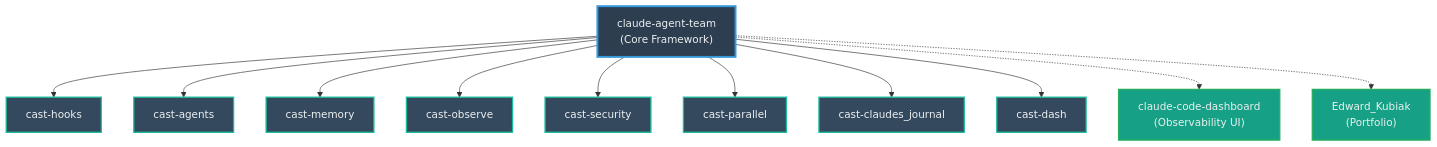
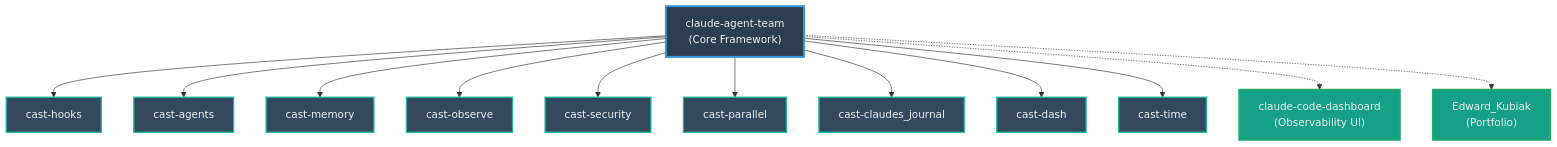
The diagram in README.md (ek33450505/claude-agent-team), drawn with Mermaid before and after one commit. The commit also changed other lines of this file and 4 other files, not shown here.

````diff
--- a/README.md
+++ b/README.md
@@ -336,24 +336,25 @@
 ```mermaid
 graph TD
     CAT["claude-agent-team<br/>(Core Framework)"]
     
     CAT --> CH["cast-hooks"]
     CAT --> CA["cast-agents"]
     CAT --> CM["cast-memory"]
     CAT --> CO["cast-observe"]
     CAT --> CS["cast-security"]
     CAT --> CP["cast-parallel"]
     CAT --> CJ["cast-claudes_journal"]
     CAT --> CD["cast-dash"]
+    CAT --> CT["cast-time"]
     
     CAT -.-> DI["claude-code-dashboard<br/>(Observability UI)"]
     CAT -.-> PF["Edward_Kubiak<br/>(Portfolio)"]
     
     classDef core fill:#2c3e50,stroke:#3498db,stroke-width:3px,color:#ecf0f1
     classDef sources fill:#34495e,stroke:#1abc9c,stroke-width:2px,color:#ecf0f1
     classDef products fill:#16a085,stroke:#27ae60,stroke-width:2px,color:#ecf0f1
     
     class CAT core
-    class CH,CA,CM,CO,CS,CP,CJ,CD sources
+    class CH,CA,CM,CO,CS,CP,CJ,CD,CT sources
     class DI,PF products
 ```
````
